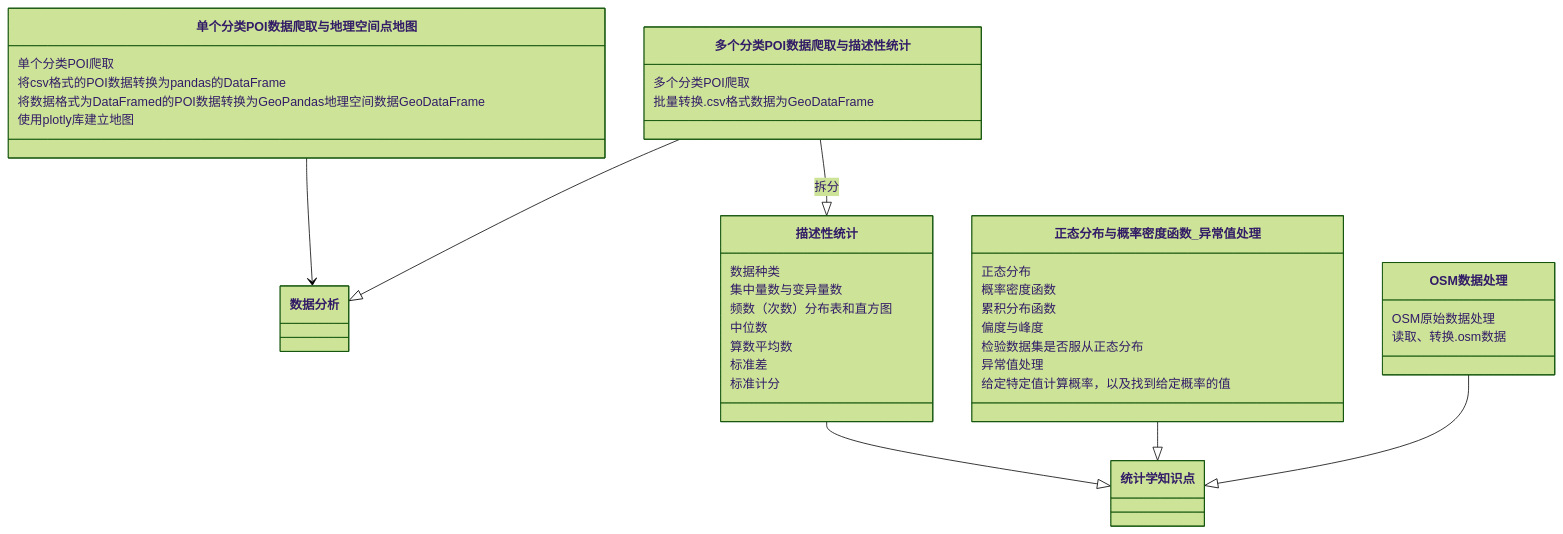
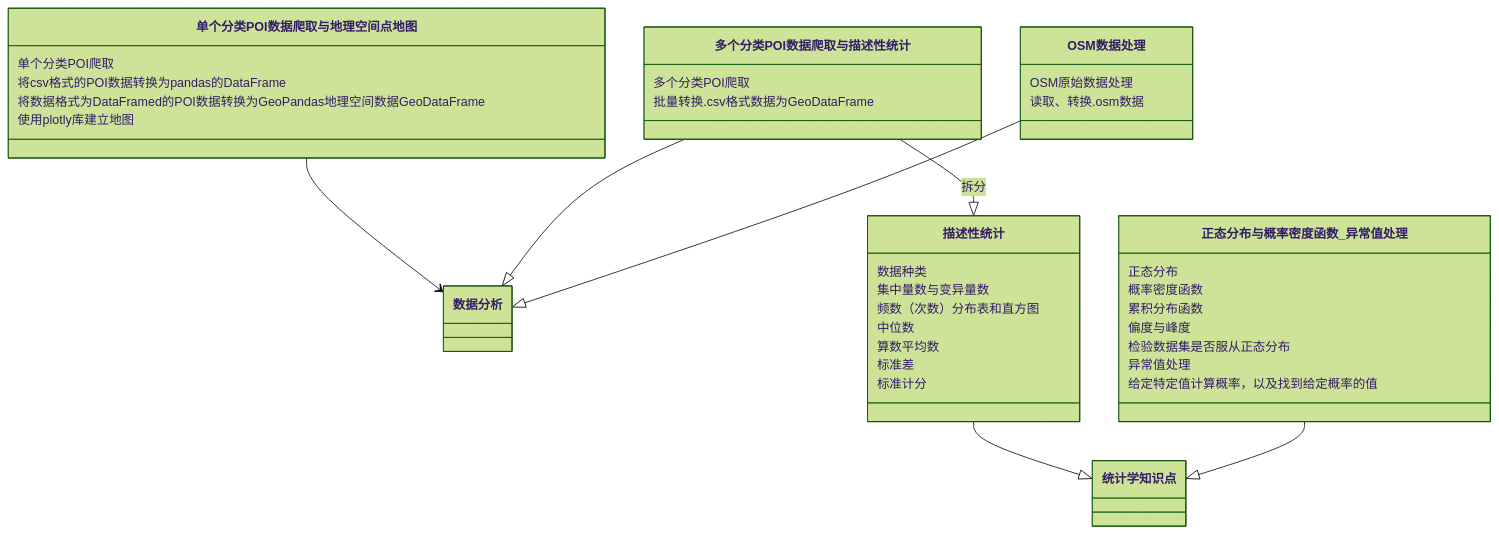
Before and after one commit to Weijun-H/Urban-Spatial-Data-Analysis_python: the first of 2 diagrams in docs/markdown/structure_chapters.md, drawn with Mermaid (forest theme). The commit also changed 5 other files, not shown here.

````diff
--- a/docs/markdown/structure_chapters.md
+++ b/docs/markdown/structure_chapters.md
@@ -6,36 +6,36 @@
 ```mermaid
 classDiagram
 单个分类POI数据爬取与地理空间点地图 --> 数据分析 : 
 单个分类POI数据爬取与地理空间点地图 : 单个分类POI爬取
 单个分类POI数据爬取与地理空间点地图 : 将csv格式的POI数据转换为pandas的DataFrame
 单个分类POI数据爬取与地理空间点地图 : 将数据格式为DataFramed的POI数据转换为GeoPandas地理空间数据GeoDataFrame
 单个分类POI数据爬取与地理空间点地图 : 使用plotly库建立地图
 
 多个分类POI数据爬取与描述性统计 --|> 数据分析
 多个分类POI数据爬取与描述性统计 --|> 描述性统计 : 拆分
 多个分类POI数据爬取与描述性统计 : 多个分类POI爬取
 多个分类POI数据爬取与描述性统计 : 批量转换.csv格式数据为GeoDataFrame
 
 描述性统计 --|> 统计学知识点
 描述性统计 : 数据种类
 描述性统计 : 集中量数与变异量数
 描述性统计 : 频数（次数）分布表和直方图
 描述性统计 : 中位数
 描述性统计 : 算数平均数
 描述性统计 : 标准差
 描述性统计 : 标准计分
 
 正态分布与概率密度函数_异常值处理 --|> 统计学知识点
 正态分布与概率密度函数_异常值处理 : 正态分布
 正态分布与概率密度函数_异常值处理 : 概率密度函数
 正态分布与概率密度函数_异常值处理 : 累积分布函数
 正态分布与概率密度函数_异常值处理 : 偏度与峰度
 正态分布与概率密度函数_异常值处理 : 检验数据集是否服从正态分布
 正态分布与概率密度函数_异常值处理 : 异常值处理
 正态分布与概率密度函数_异常值处理 : 给定特定值计算概率，以及找到给定概率的值
 
-OSM数据处理 --|> 统计学知识点
+OSM数据处理 --|> 数据分析
 OSM数据处理 : OSM原始数据处理
 OSM数据处理 : 读取、转换.osm数据
 
 ```
````
